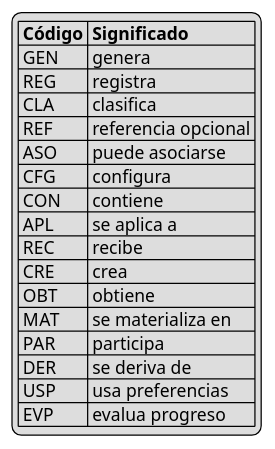
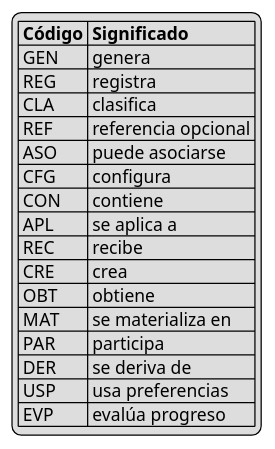
One commit to TPerez13/TFG changed the diagram in docs/diagrams/01_leyenda.puml. Above: the diagram before and after it, drawn with PlantUML. The commit also changed 95 other files, not shown here.

```diff
--- a/docs/diagrams/01_leyenda.puml
+++ b/docs/diagrams/01_leyenda.puml
@@ -1,19 +1,19 @@
 legend right
 |= Código |= Significado |
 | GEN | genera |
 | REG | registra |
 | CLA | clasifica |
 | REF | referencia opcional |
 | ASO | puede asociarse |
 | CFG | configura |
 | CON | contiene |
 | APL | se aplica a |
 | REC | recibe |
 | CRE | crea |
 | OBT | obtiene |
 | MAT | se materializa en |
 | PAR | participa |
 | DER | se deriva de |
 | USP | usa preferencias |
-| EVP | evalua progreso |
+| EVP | evalúa progreso |
 endlegend
```
